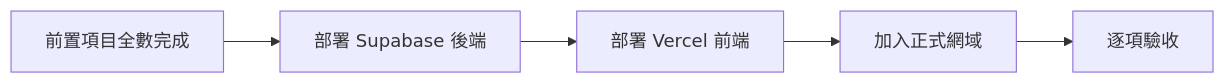
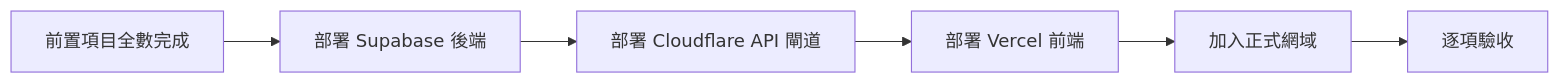
Before and after one commit to tavricccc/novae-website: the diagram in docs/deployment-guide.md, drawn with Mermaid. The commit also changed other lines of this file and 30 other files, not shown here.

````diff
--- a/docs/deployment-guide.md
+++ b/docs/deployment-guide.md
@@ -18,7 +18,8 @@
 ```mermaid
 flowchart LR
   A[前置項目全數完成] --> B[部署 Supabase 後端]
-  B --> C[部署 Vercel 前端]
-  C --> D[加入正式網域]
-  D --> E[逐項驗收]
+  B --> C[部署 Cloudflare API 閘道]
+  C --> D[部署 Vercel 前端]
+  D --> E[加入正式網域]
+  E --> F[逐項驗收]
 ```
````
